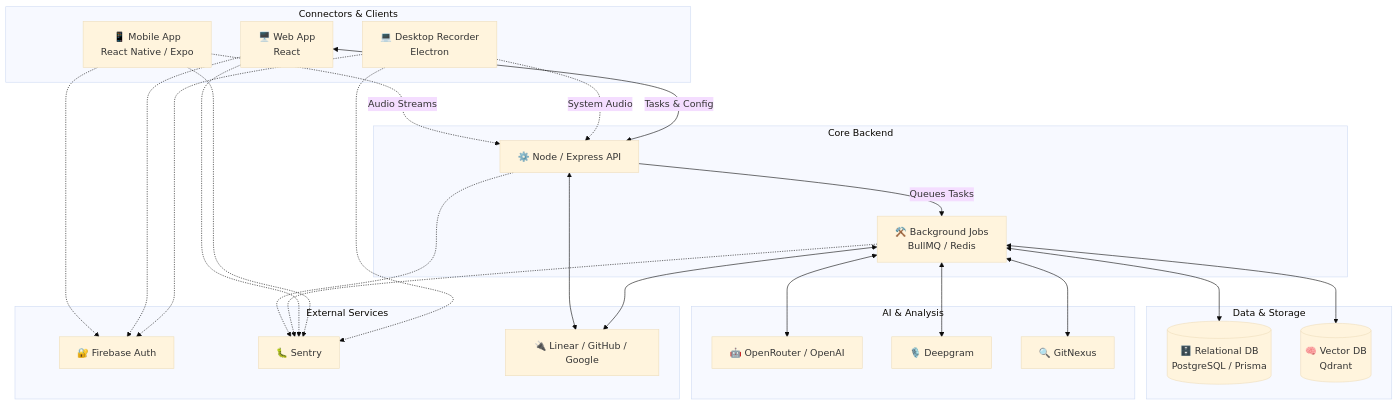
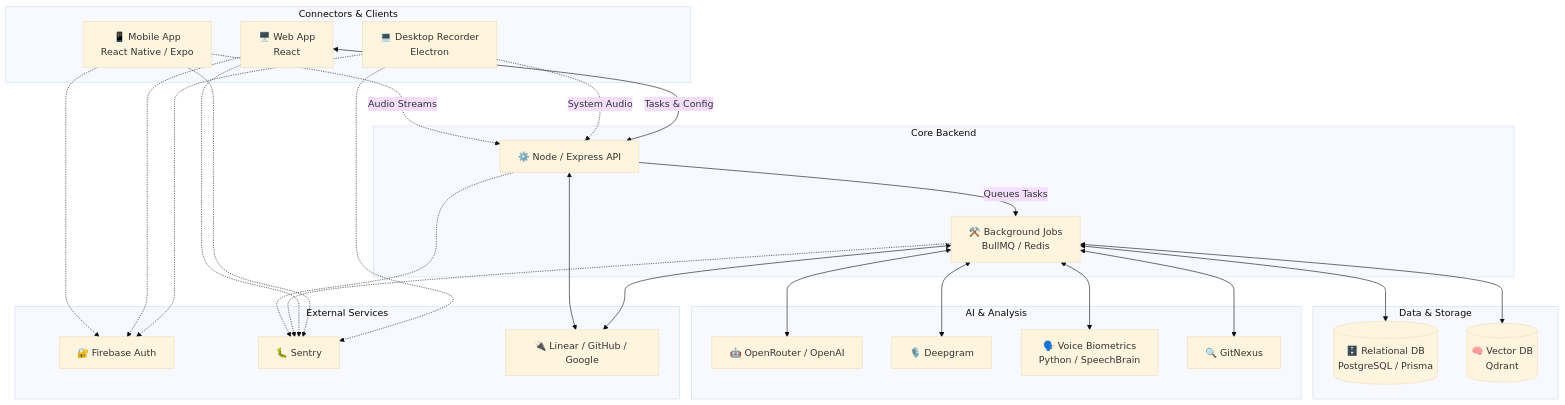
One commit to blueberrybytes/plan-ai changed the second of 2 diagrams in README.md. Above: the diagram before and after it, drawn with Mermaid (base theme). The commit also changed other lines of this file and 19 other files, not shown here.

Commit message:
Python voice detector

````diff
--- a/README.md
+++ b/README.md
@@ -70,62 +70,64 @@
 ```mermaid
 graph TD
     %% Connectors
     subgraph Connectors[Connectors & Clients]
         Mobile[📱 Mobile App<br>React Native / Expo]
         Recorder[💻 Desktop Recorder<br>Electron]
         Web[🖥️ Web App<br>React]
     end
 
     %% API Layer
     subgraph Backend[Core Backend]
         API[⚙️ Node / Express API]
         Workers[⚒️ Background Jobs<br>BullMQ / Redis]
     end
 
     %% Data Layer
     subgraph DataLayer[Data & Storage]
         DB[(🗄️ Relational DB<br>PostgreSQL / Prisma)]
         VectorDB[(🧠 Vector DB<br>Qdrant)]
     end
 
     %% AI & Analysis
     subgraph Intelligence[AI & Analysis]
         LLMs[🤖 OpenRouter / OpenAI]
         Speech[🎙️ Deepgram]
+        VoiceAI[🗣️ Voice Biometrics<br>Python / SpeechBrain]
         GitNexus[🔍 GitNexus]
     end
 
     %% External Services
     subgraph External[External Services]
         Auth[🔐 Firebase Auth]
         Monitor[🐛 Sentry]
         Integrations[🔌 Linear / GitHub / Google]
     end
 
     %% Flow
     Mobile -.->|Audio Streams| API
     Recorder -.->|System Audio| API
     Web <-->|Tasks & Config| API
 
     Mobile -.-> Auth
     Web -.-> Auth
     Recorder -.-> Auth
     
     API -->|Queues Tasks| Workers
     
     API <--> Integrations
     Workers <--> Integrations
     
     Workers <--> DB
     Workers <--> VectorDB
     
     Workers <--> Speech
+    Workers <--> VoiceAI
     Workers <--> LLMs
     Workers <--> GitNexus
 
     API -.-> Monitor
     Workers -.-> Monitor
     Web -.-> Monitor
     Mobile -.-> Monitor
     Recorder -.-> Monitor
 ```
````
